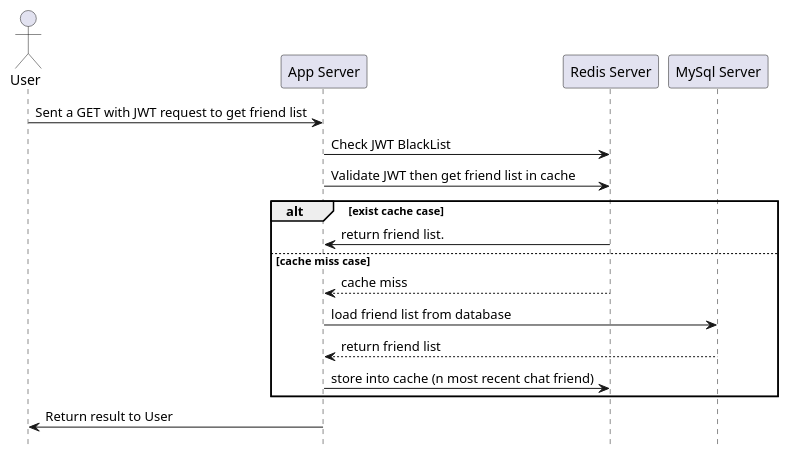
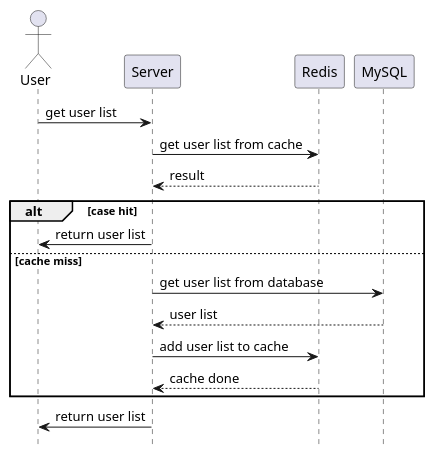
The diagram in docs/sequence diagrams/viewlistusers.puml (noradomi/foo-app), drawn with PlantUML before and after one commit. The commit also changed 71 other files, not shown here.

```diff
--- a/docs/sequence diagrams/viewlistusers.puml
+++ b/docs/sequence diagrams/viewlistusers.puml
@@ -1,19 +1,19 @@
 @startuml viewlistusers
     hide footbox
 
     actor "User"
 
-    "User" -> "App Server": Sent a GET with JWT request to get friend list
-    "App Server" -> "Redis Server": Check JWT BlackList
-    "App Server" -> "Redis Server": Validate JWT then get friend list in cache
-    alt exist cache case
-    "Redis Server" -> "App Server": return friend list.
-    else cache miss case 
-    "Redis Server" --> "App Server": cache miss
-    "App Server" -> "MySql Server": load friend list from database
-    "MySql Server" --> "App Server": return friend list
-    "App Server" -> "Redis Server": store into cache (n most recent chat friend)
+    "User" -> "Server": get user list
+    "Server" -> "Redis": get user list from cache
+    "Redis" --> "Server": result
+    alt case hit
+    "Server" -> "User": return user list
+    else cache miss
+    "Server" -> "MySQL": get user list from database
+    "MySQL" --> "Server": user list
+    "Server" -> "Redis": add user list to cache
+    "Redis" --> "Server": cache done
     end
-    "App Server" -> "User": Return result to User
+    "Server" -> "User": return user list
 
 @enduml
```
